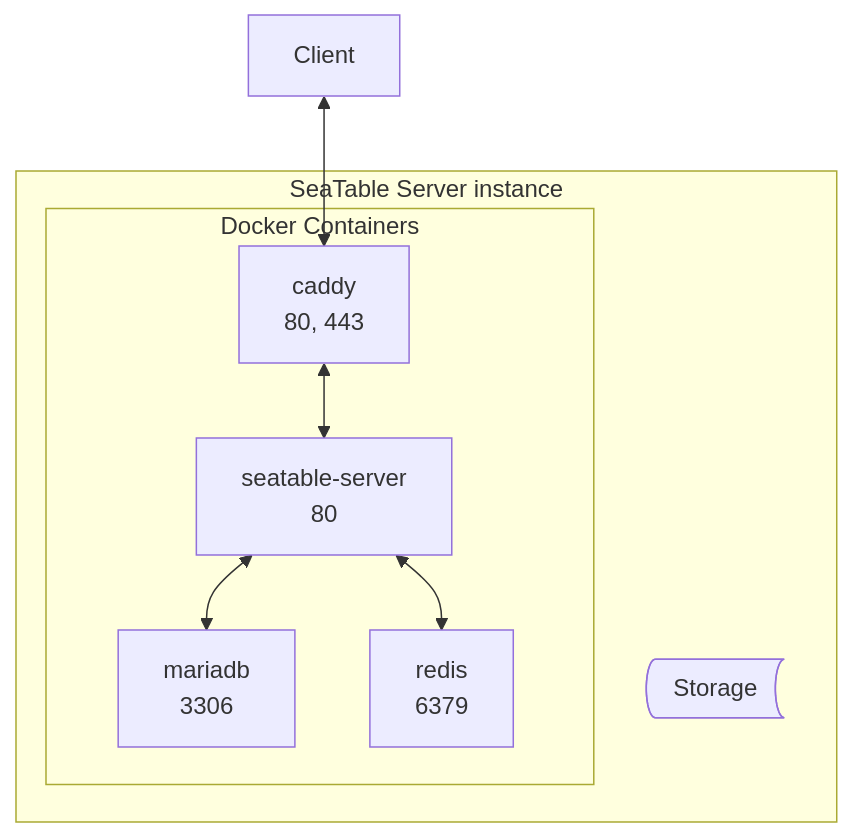
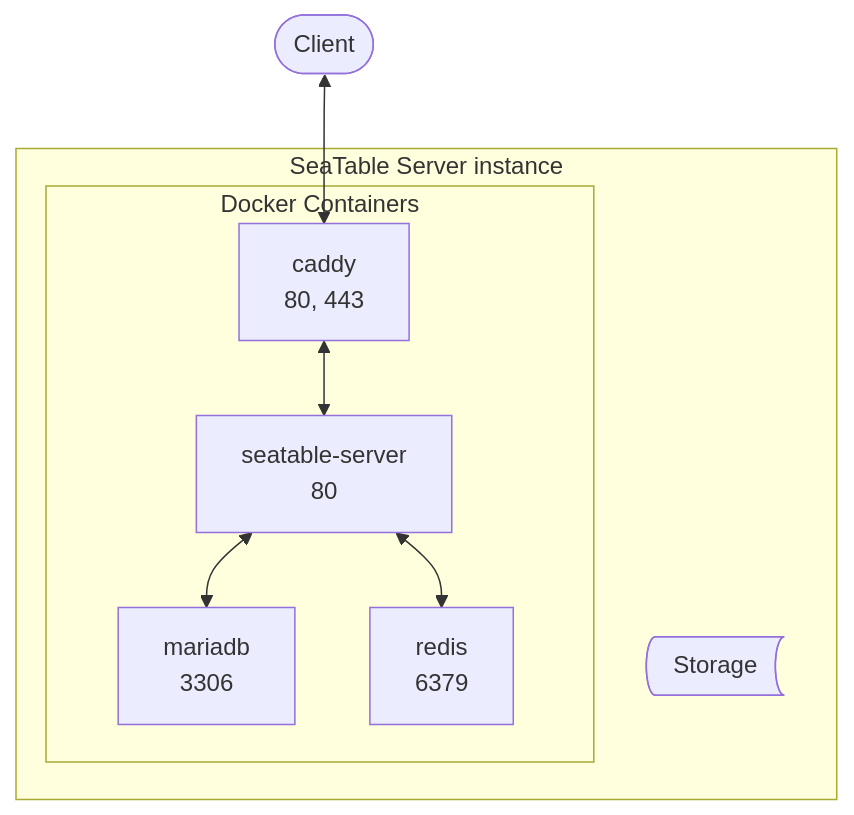
One commit to seatable/seatable-admin-docs changed the first of 3 diagrams in docs/introduction/architecture.md. Above: the diagram before and after it, drawn with Mermaid. The commit also changed other lines of this file, not shown here.

Commit message:
Updated architecture diagrams

````diff
--- a/docs/introduction/architecture.md
+++ b/docs/introduction/architecture.md
@@ -9,16 +9,17 @@
 ```mermaid
 flowchart TB
+    Client@{ shape: pill, label: "Client"}
     Client<-->A
     subgraph s[SeaTable Server instance]
         subgraph d[Docker Containers]
             A[caddy<br/>80, 443]
             B[seatable-server<br/>80]
             C[mariadb<br/>3306]
             D[redis<br/>6379]
             A<-->B
             B<-->C
             B<-->D
         end
         F@{ shape: bow-rect, label: "Storage"}
     end
 ```
````
